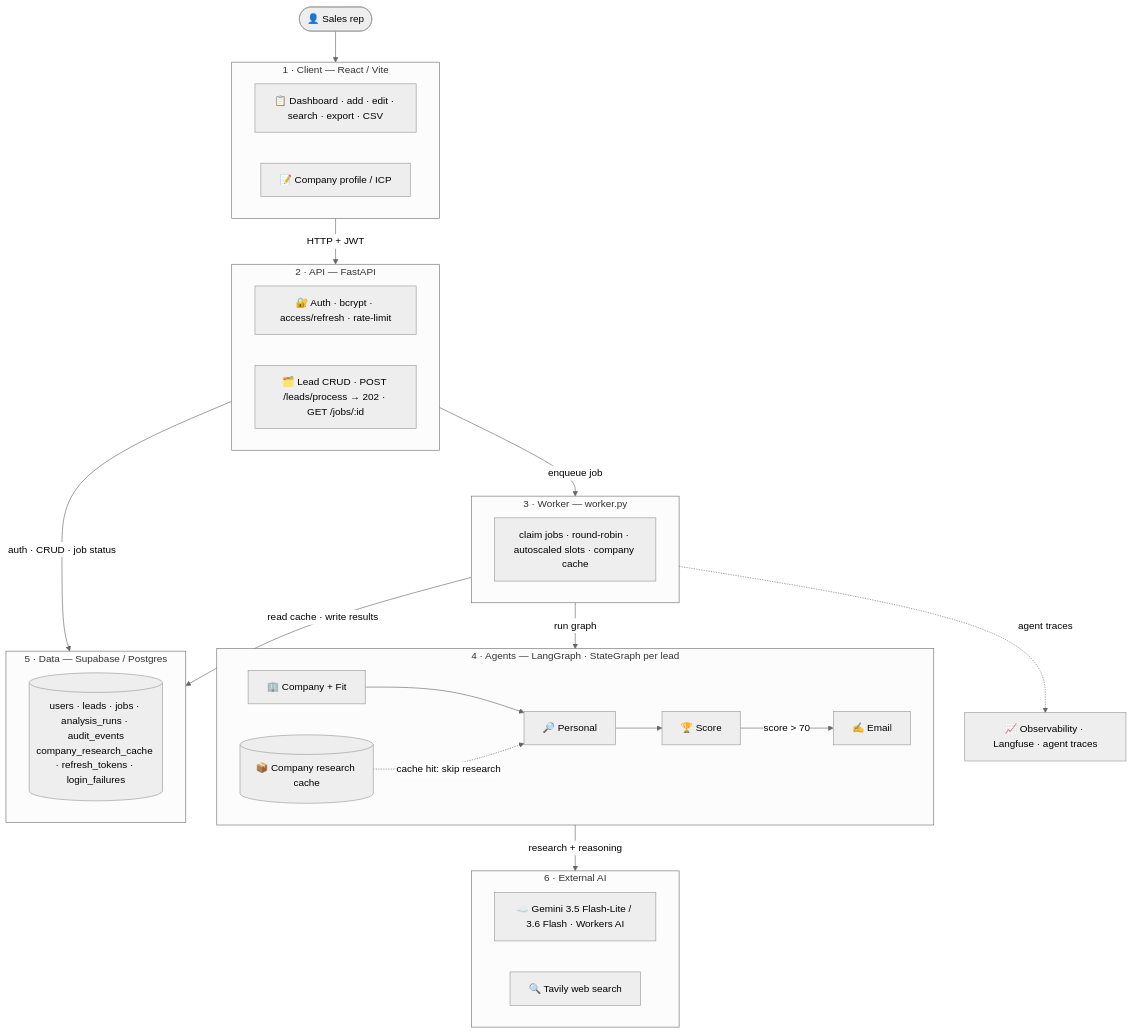
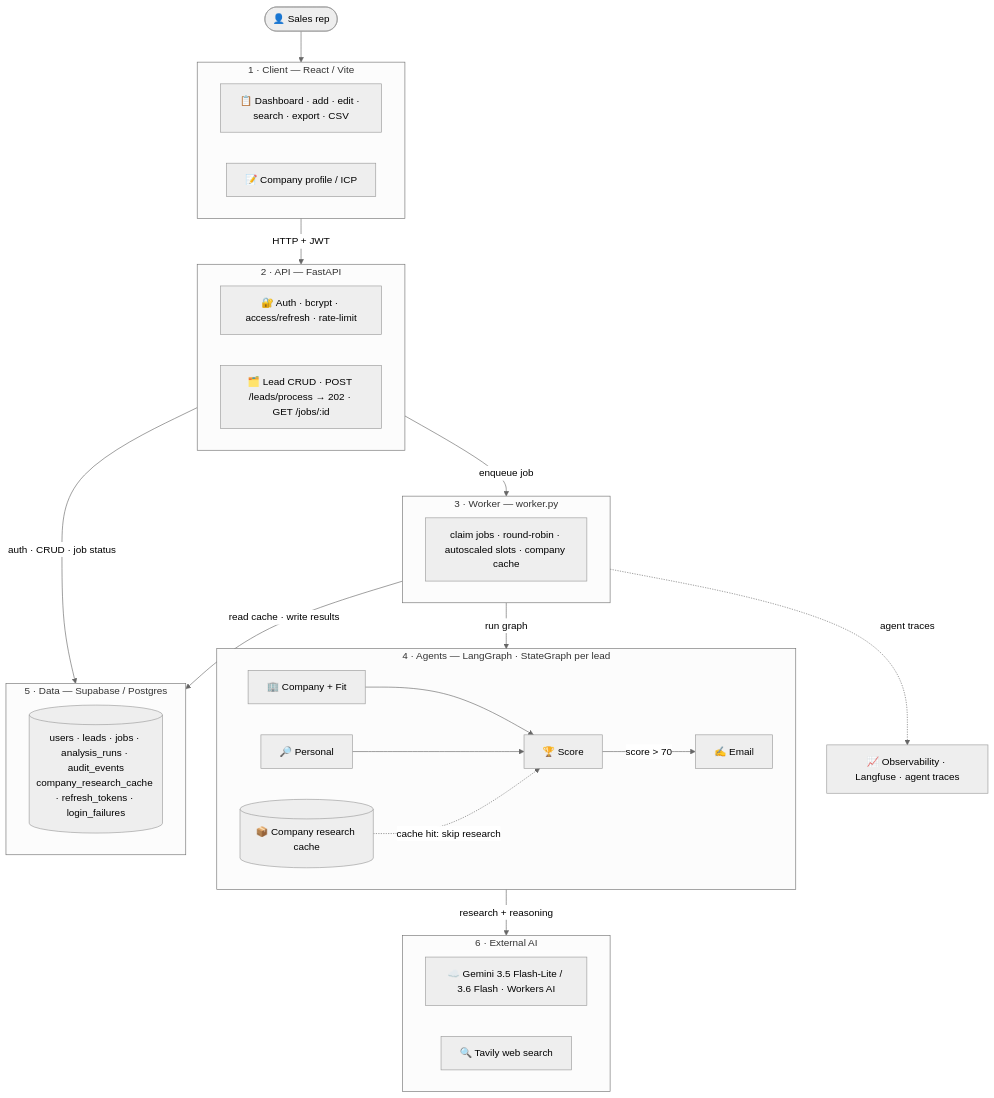
The diagram in README.md (VIVPM/multi-crew-leads-dashboard), drawn with Mermaid (neutral theme) before and after one commit. The commit also changed other lines of this file and 5 other files, not shown here.

````diff
--- a/README.md
+++ b/README.md
@@ -23,46 +23,47 @@
 ```mermaid
 graph TD
     User(["👤 Sales rep"])
 
     subgraph CLIENT ["1 · Client — React / Vite"]
         UI["📋 Dashboard · add · edit · search · export · CSV"]
         ICP["📝 Company profile / ICP"]
     end
 
     subgraph APP ["2 · API — FastAPI"]
         Auth["🔐 Auth · bcrypt · access/refresh · rate-limit"]
         REST["🗂️ Lead CRUD · POST /leads/process → 202 · GET /jobs/:id"]
     end
 
     subgraph CTRL ["3 · Worker — worker.py"]
         Claim["claim jobs · round-robin · autoscaled slots · company cache"]
     end
 
     subgraph AI ["4 · Agents — LangGraph · StateGraph per lead"]
         direction LR
-        A2["🏢 Company + Fit"] --> A1["🔎 Personal"] --> A3["🏆 Score"]
-        C[("📦 Company research cache")] -.->|cache hit: skip research| A1
+        A2["🏢 Company + Fit"] --> A3["🏆 Score"]
+        A1["🔎 Personal"] --> A3
+        C[("📦 Company research cache")] -.->|cache hit: skip research| A3
         A3 -->|score > 70| E1["✍️ Email"]
     end
 
     subgraph DATA ["5 · Data — Supabase / Postgres"]
         Tbls[("users · leads · jobs · analysis_runs · audit_events
 company_research_cache · refresh_tokens · login_failures")]
     end
 
     subgraph EXT ["6 · External AI"]
         LLM["☁️ Gemini 3.5 Flash-Lite / 3.6 Flash · Workers AI"]
         Tavily["🔍 Tavily web search"]
     end
 
     OBS["📈 Observability · Langfuse · agent traces"]
 
     User --> CLIENT
     CLIENT -->|HTTP + JWT| APP
     APP -->|auth · CRUD · job status| DATA
     APP -->|enqueue job| CTRL
     CTRL -->|run graph| AI
     AI -->|research + reasoning| EXT
     CTRL -->|read cache · write results| DATA
     CTRL -.->|agent traces| OBS
 ```
````
